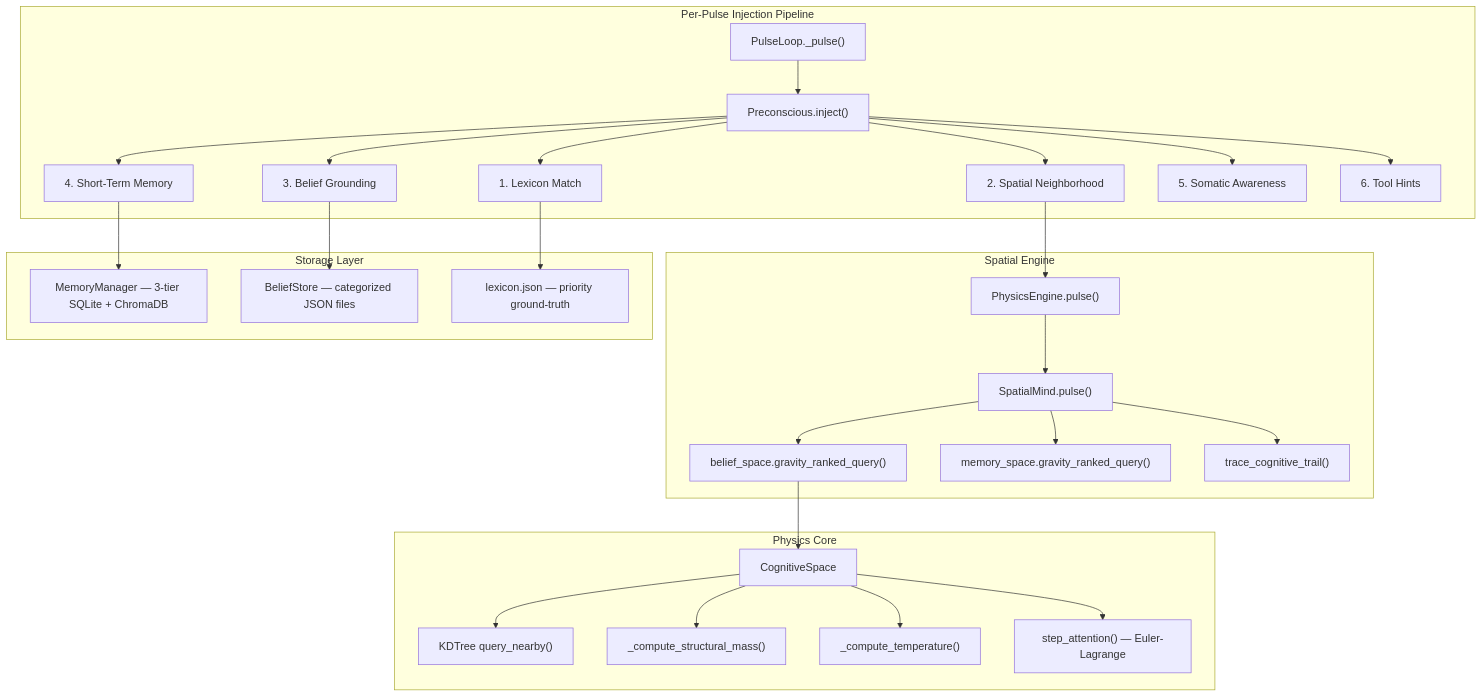
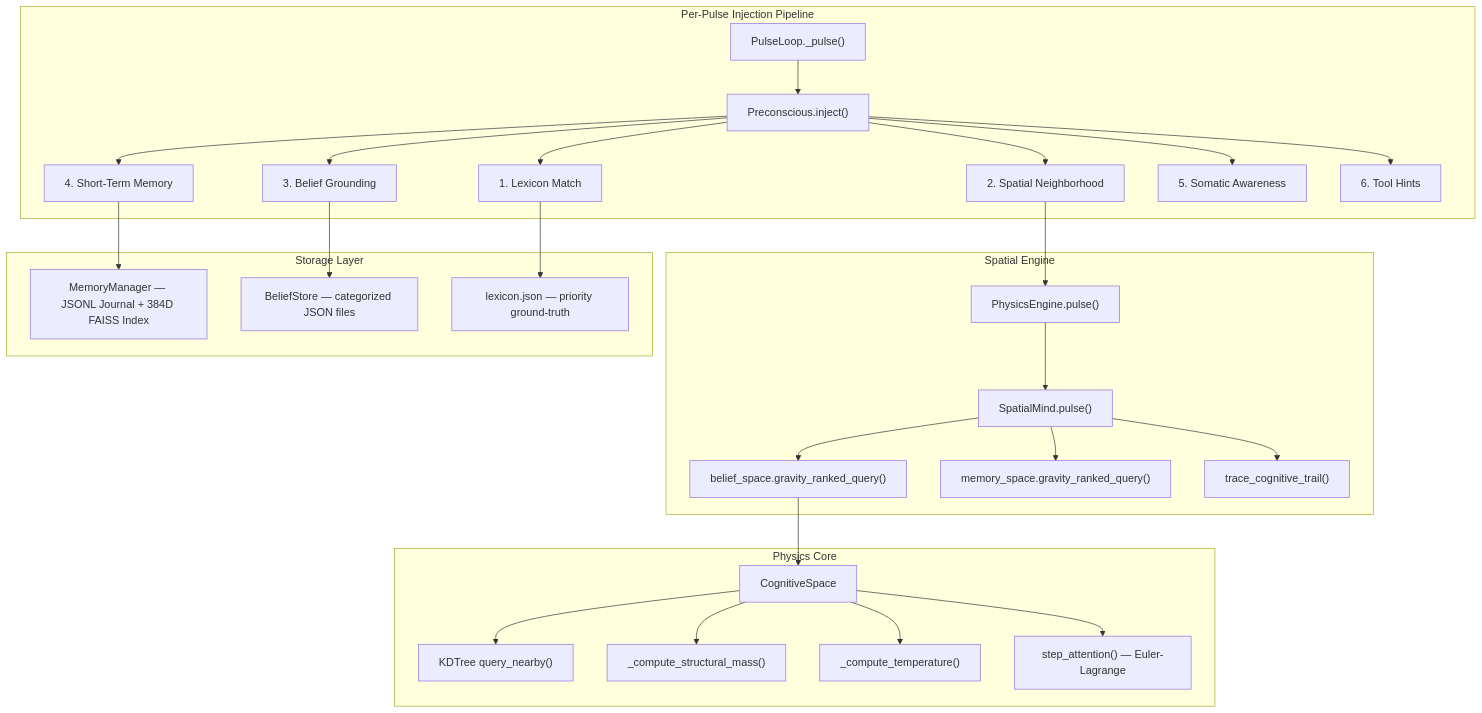
The diagram in documents/preconscious_memory_audit.md (munch2u-a11y/Helix-AGI), drawn with Mermaid before and after one commit. The commit also changed other lines of this file and 12 other files, not shown here.

````diff
--- a/documents/preconscious_memory_audit.md
+++ b/documents/preconscious_memory_audit.md
@@ -24,38 +24,38 @@
 ```mermaid
 graph TD
     subgraph "Per-Pulse Injection Pipeline"
         A["PulseLoop._pulse()"] --> B["Preconscious.inject()"]
         B --> C1["1. Lexicon Match"]
         B --> C2["2. Spatial Neighborhood"]
         B --> C3["3. Belief Grounding"]
         B --> C4["4. Short-Term Memory"]
         B --> C5["5. Somatic Awareness"]
         B --> C6["6. Tool Hints"]
     end
 
     subgraph "Spatial Engine"
         C2 --> D["PhysicsEngine.pulse()"]
         D --> E["SpatialMind.pulse()"]
         E --> F1["belief_space.gravity_ranked_query()"]
         E --> F2["memory_space.gravity_ranked_query()"]
         E --> F3["trace_cognitive_trail()"]
     end
 
     subgraph "Physics Core"
         F1 --> G["CognitiveSpace"]
         G --> G1["KDTree query_nearby()"]
         G --> G2["_compute_structural_mass()"]
         G --> G3["_compute_temperature()"]
         G --> G4["step_attention() — Euler-Lagrange"]
     end
 
     subgraph "Storage Layer"
-        H1["MemoryManager — 3-tier SQLite + ChromaDB"]
+        H1["MemoryManager — JSONL Journal + 384D FAISS Index"]
         H2["BeliefStore — categorized JSON files"]
         H3["lexicon.json — priority ground-truth"]
     end
 
     C1 --> H3
     C3 --> H2
     C4 --> H1
 ```
````
